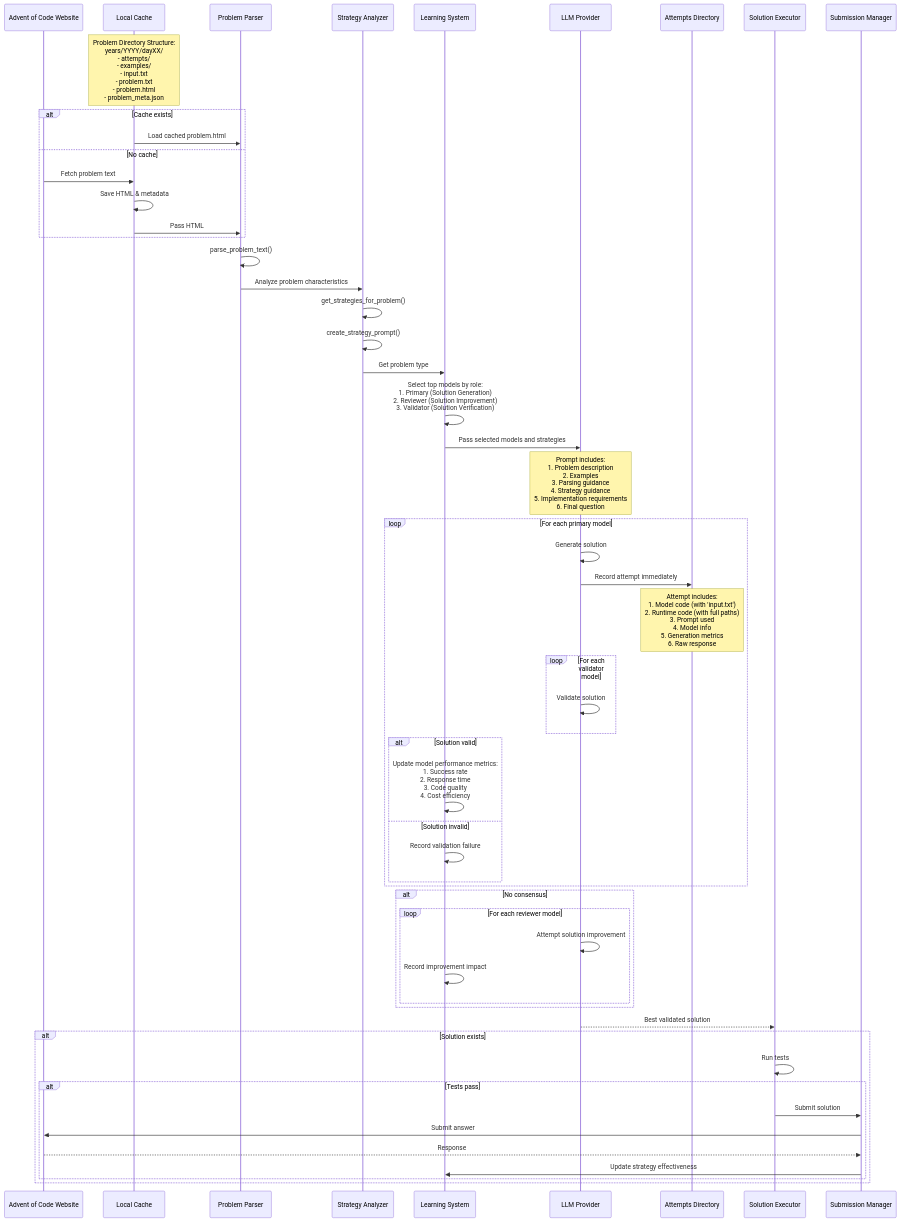
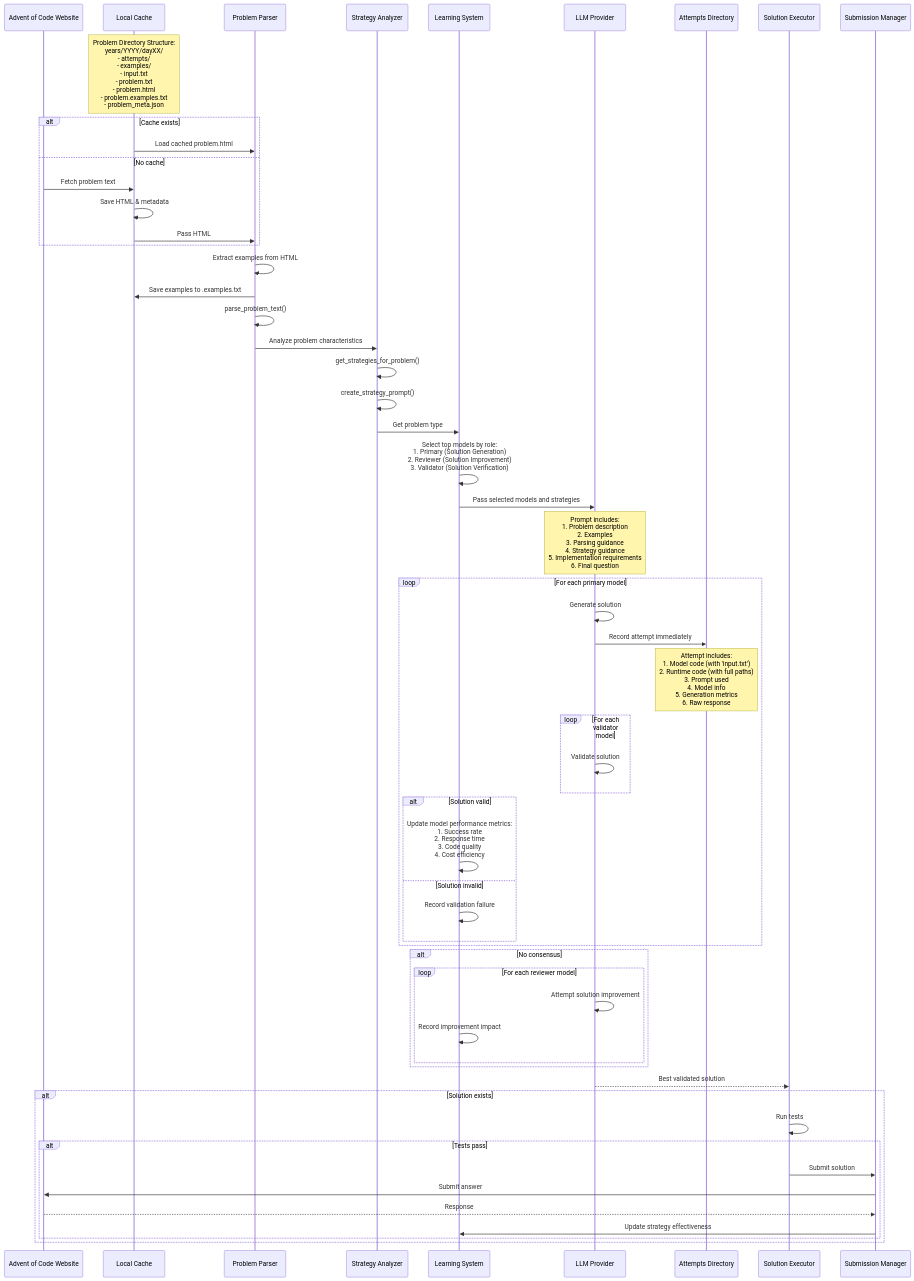
Before and after one commit to geniusworks/problem-solver: the diagram in dev/diagrams/information-flow.mmd, drawn with Mermaid. The commit also changed 1 other file, not shown here.

```diff
--- a/dev/diagrams/information-flow.mmd
+++ b/dev/diagrams/information-flow.mmd
@@ -1,66 +1,68 @@
 sequenceDiagram
     participant AoC as Advent of Code Website
     participant Cache as Local Cache
     participant Parser as Problem Parser
     participant Strategy as Strategy Analyzer
     participant Learning as Learning System
     participant LLM as LLM Provider
     participant Attempts as Attempts Directory
     participant Executor as Solution Executor
     participant Submit as Submission Manager
 
-    Note over Cache: Problem Directory Structure:<br/>years/YYYY/dayXX/<br/>- attempts/<br/>- examples/<br/>- input.txt<br/>- problem.txt<br/>- problem.html<br/>- problem_meta.json
+    Note over Cache: Problem Directory Structure:<br/>years/YYYY/dayXX/<br/>- attempts/<br/>- examples/<br/>- input.txt<br/>- problem.txt<br/>- problem.html<br/>- problem.examples.txt<br/>- problem_meta.json
 
     alt Cache exists
         Cache->>Parser: Load cached problem.html
     else No cache
         AoC->>Cache: Fetch problem text
         Cache->>Cache: Save HTML & metadata
         Cache->>Parser: Pass HTML
     end
 
+    Parser->>Parser: Extract examples from HTML
+    Parser->>Cache: Save examples to .examples.txt
     Parser->>Parser: parse_problem_text()
     Parser->>Strategy: Analyze problem characteristics
     Strategy->>Strategy: get_strategies_for_problem()
     Strategy->>Strategy: create_strategy_prompt()
 
     Strategy->>Learning: Get problem type
     Learning->>Learning: Select top models by role:<br/>1. Primary (Solution Generation)<br/>2. Reviewer (Solution Improvement)<br/>3. Validator (Solution Verification)
 
     Learning->>LLM: Pass selected models and strategies
     Note over LLM: Prompt includes:<br/>1. Problem description<br/>2. Examples<br/>3. Parsing guidance<br/>4. Strategy guidance<br/>5. Implementation requirements<br/>6. Final question
 
     loop For each primary model
         LLM->>LLM: Generate solution
         LLM->>Attempts: Record attempt immediately
         Note over Attempts: Attempt includes:<br/>1. Model code (with 'input.txt')<br/>2. Runtime code (with full paths)<br/>3. Prompt used<br/>4. Model info<br/>5. Generation metrics<br/>6. Raw response
         
         loop For each validator model
             LLM->>LLM: Validate solution
         end
 
         alt Solution valid
             Learning->>Learning: Update model performance metrics:<br/>1. Success rate<br/>2. Response time<br/>3. Code quality<br/>4. Cost efficiency
         else Solution invalid
             Learning->>Learning: Record validation failure
         end
     end
 
     alt No consensus
         loop For each reviewer model
             LLM->>LLM: Attempt solution improvement
             Learning->>Learning: Record improvement impact
         end
     end
 
     LLM-->>Executor: Best validated solution
     
     alt Solution exists
         Executor->>Executor: Run tests
         alt Tests pass
             Executor->>Submit: Submit solution
             Submit->>AoC: Submit answer
             AoC-->>Submit: Response
             Submit->>Learning: Update strategy effectiveness
         end
     end
```
